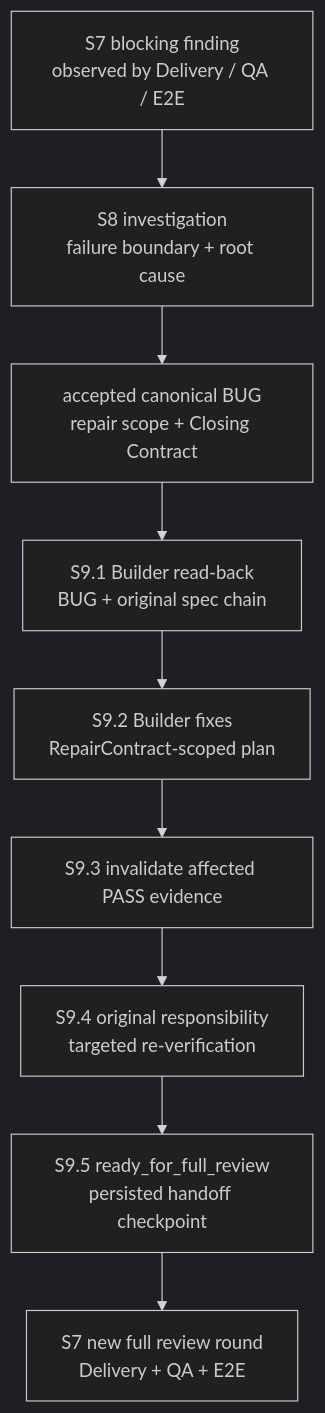
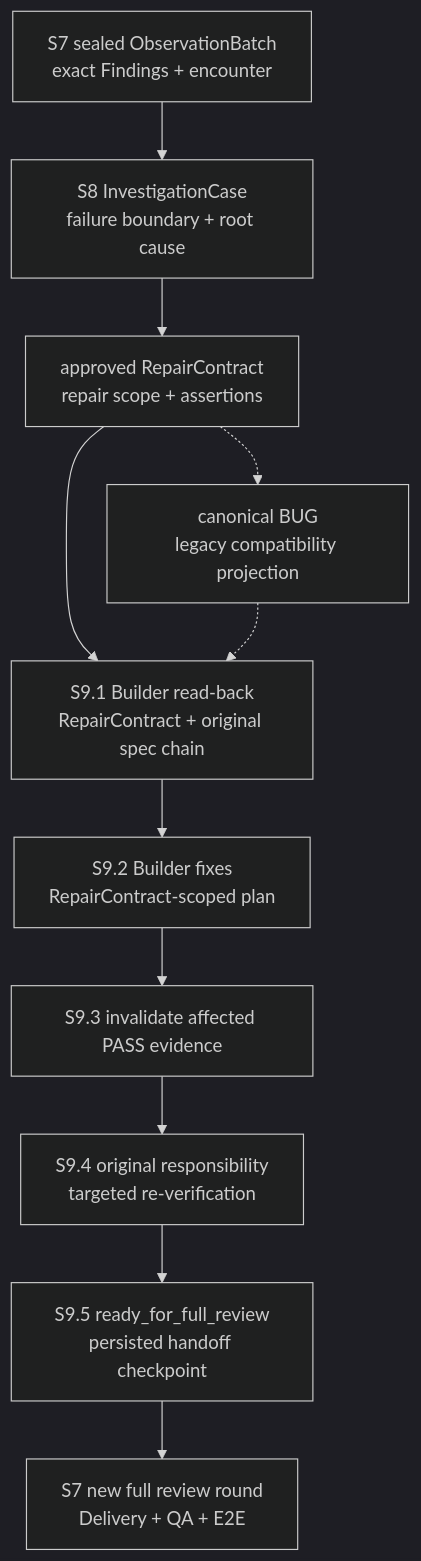
Before and after one commit to Sebs-Lee/go-system-builder: the second of 2 diagrams in docs/agent-protocol.md, drawn with Mermaid (dark theme). The commit also changed other lines of this file and 16 other files, not shown here.

````diff
--- a/docs/agent-protocol.md
+++ b/docs/agent-protocol.md
@@ -480,14 +600,17 @@
   ```mermaid
   flowchart TD
-      FINDING["S7 blocking finding<br/>observed by Delivery / QA / E2E"]
-      INVESTIGATE["S8 investigation<br/>failure boundary + root cause"]
-      BUG["accepted canonical BUG<br/>repair scope + Closing Contract"]
-      READBACK["S9.1 Builder read-back<br/>BUG + original spec chain"]
+      FINDING["S7 sealed ObservationBatch<br/>exact Findings + encounter"]
+      INVESTIGATE["S8 InvestigationCase<br/>failure boundary + root cause"]
+      CONTRACT["approved RepairContract<br/>repair scope + assertions"]
+      BUG["canonical BUG<br/>legacy compatibility projection"]
+      READBACK["S9.1 Builder read-back<br/>RepairContract + original spec chain"]
       FIX["S9.2 Builder fixes<br/>RepairContract-scoped plan"]
       INVALIDATE["S9.3 invalidate affected PASS evidence"]
       TARGET["S9.4 original responsibility<br/>targeted re-verification"]
       HANDOFF["S9.5 ready_for_full_review<br/>persisted handoff checkpoint"]
       REVIEW["S7 new full review round<br/>Delivery + QA + E2E"]
 
-      FINDING --> INVESTIGATE --> BUG --> READBACK --> FIX --> INVALIDATE --> TARGET --> HANDOFF --> REVIEW
+      FINDING --> INVESTIGATE --> CONTRACT --> READBACK --> FIX --> INVALIDATE --> TARGET --> HANDOFF --> REVIEW
+      CONTRACT -.-> BUG
+      BUG -.-> READBACK
   ```
````
